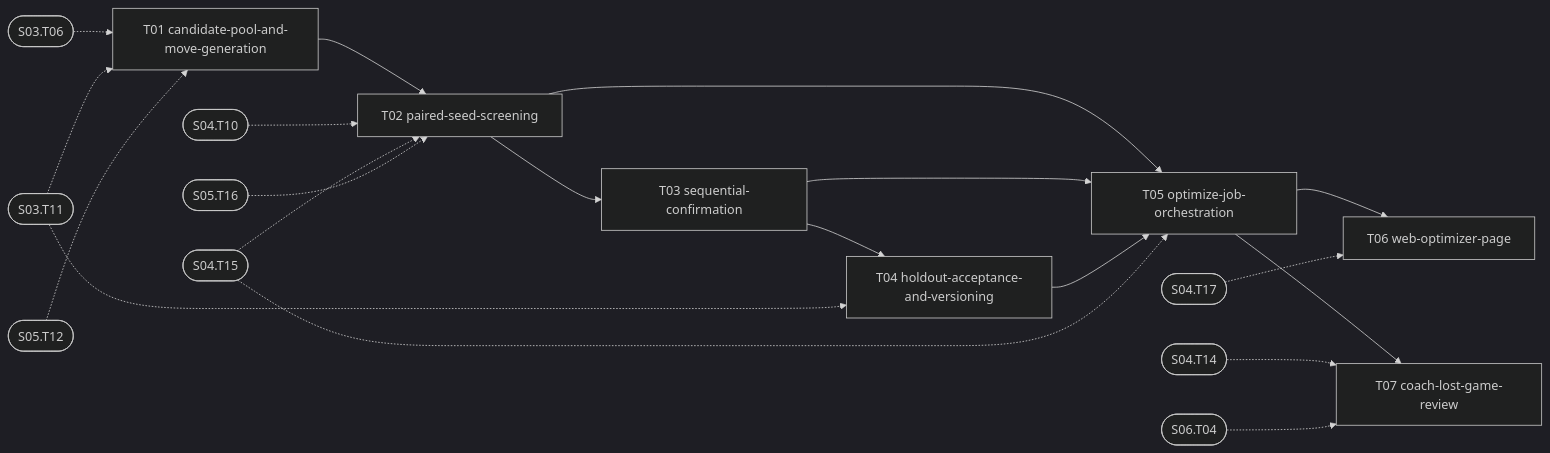
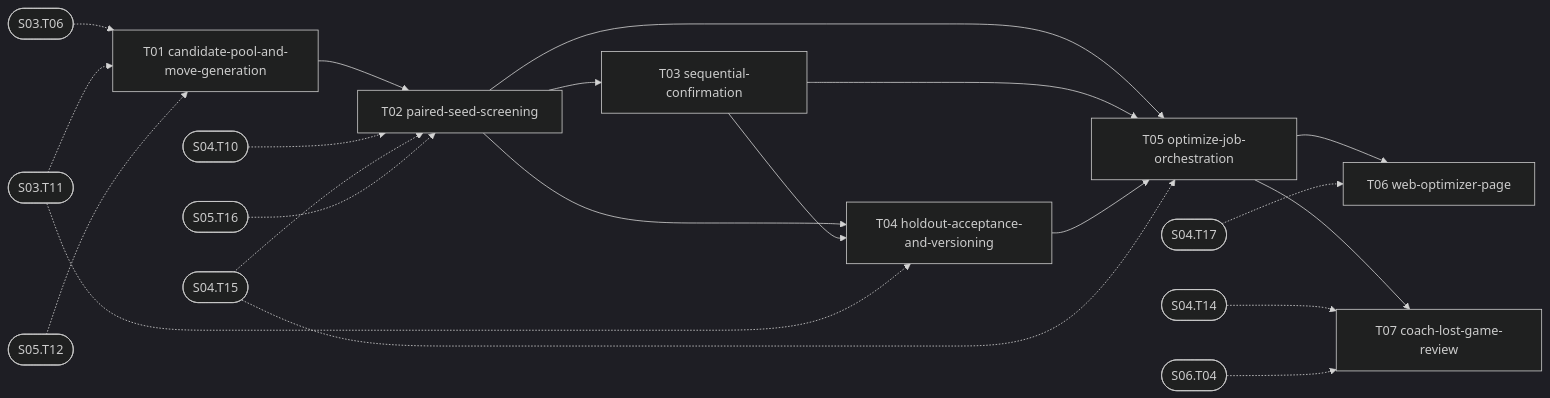
The diagram in docs/stages/07-deck-optimizer/README.md (ManoFardo-PR/pokemon2), drawn with Mermaid (dark theme) before and after one commit. The commit also changed other lines of this file and 14 other files, not shown here.

````diff
--- a/docs/stages/07-deck-optimizer/README.md
+++ b/docs/stages/07-deck-optimizer/README.md
@@ -33,29 +33,30 @@
 ```mermaid
 graph LR
   S07_T01["T01 candidate-pool-and-move-generation"]
   S07_T02["T02 paired-seed-screening"]
   S07_T03["T03 sequential-confirmation"]
   S07_T04["T04 holdout-acceptance-and-versioning"]
   S07_T05["T05 optimize-job-orchestration"]
   S07_T06["T06 web-optimizer-page"]
   S07_T07["T07 coach-lost-game-review"]
   S07_T01 --> S07_T02
   S07_T02 --> S07_T03
+  S07_T02 --> S07_T04
   S07_T03 --> S07_T04
   S07_T02 --> S07_T05
   S07_T03 --> S07_T05
   S07_T04 --> S07_T05
   S07_T05 --> S07_T06
   S07_T05 --> S07_T07
   S03_T06(["S03.T06"]) -.-> S07_T01
   S03_T11(["S03.T11"]) -.-> S07_T01
   S05_T12(["S05.T12"]) -.-> S07_T01
   S04_T10(["S04.T10"]) -.-> S07_T02
   S04_T15(["S04.T15"]) -.-> S07_T02
   S05_T16(["S05.T16"]) -.-> S07_T02
   S03_T11(["S03.T11"]) -.-> S07_T04
   S04_T15(["S04.T15"]) -.-> S07_T05
   S04_T17(["S04.T17"]) -.-> S07_T06
   S04_T14(["S04.T14"]) -.-> S07_T07
   S06_T04(["S06.T04"]) -.-> S07_T07
 ```
````
